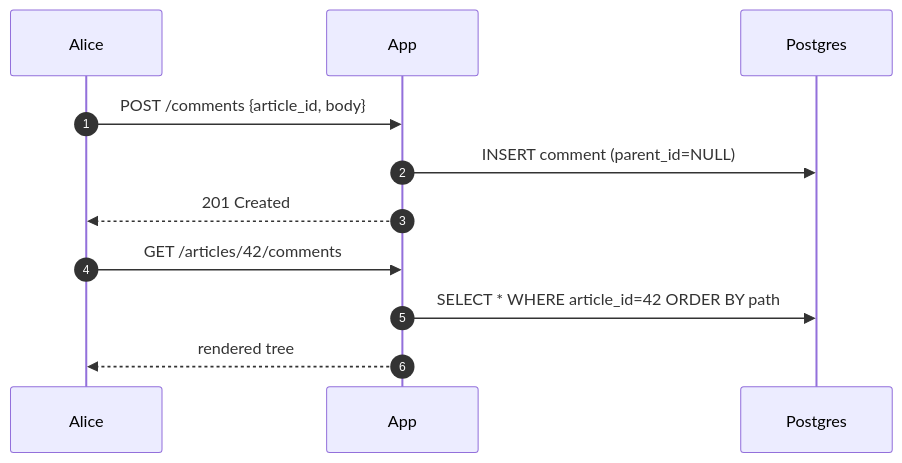
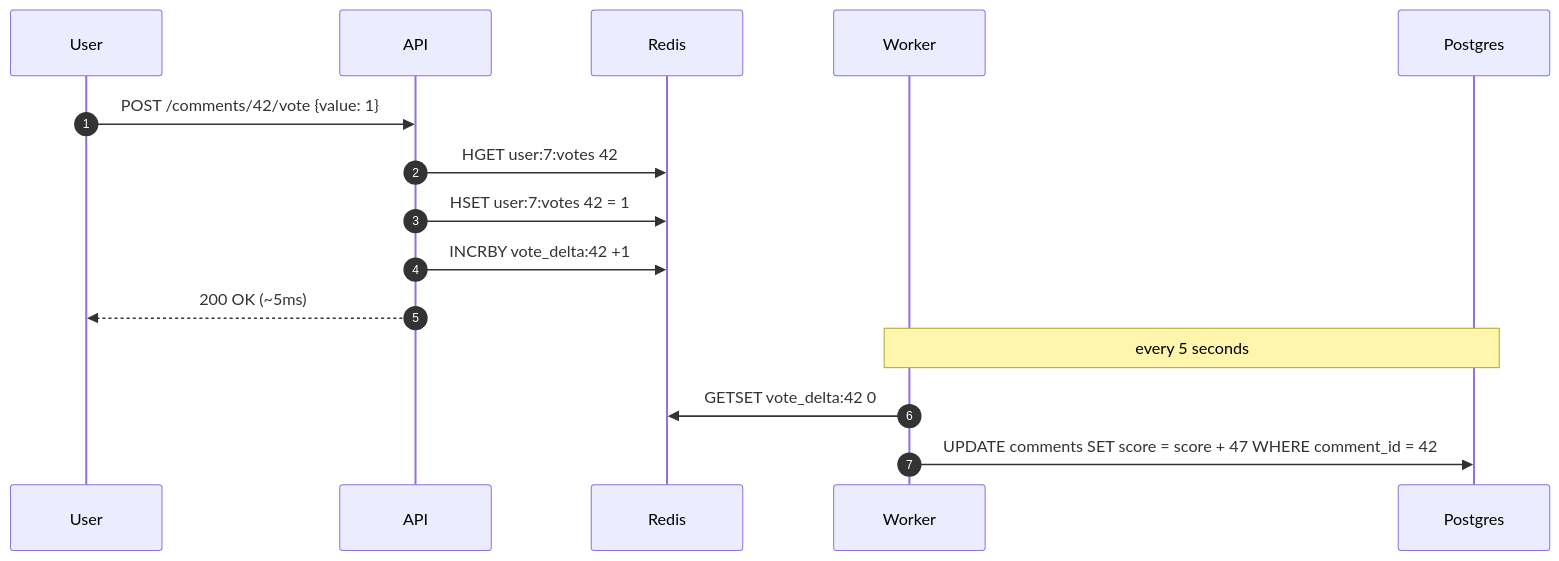
One commit to shiningflash/shiningflash.github.io changed the fourth of 15 diagrams in _practice/system-design/015-comment-system.md. Above: the diagram before and after it, drawn with Mermaid. The commit also changed other lines of this file and 18 other files, not shown here.

````diff
--- a/_practice/system-design/015-comment-system.md
+++ b/_practice/system-design/015-comment-system.md
@@ -139,15 +210,19 @@
 ```mermaid
 sequenceDiagram
     autonumber
-    participant Alice
-    participant App
+    participant User
+    participant API
+    participant Redis
+    participant Worker
     participant DB as Postgres
 
-    Alice->>App: POST /comments {article_id, body}
-    App->>DB: INSERT comment (parent_id=NULL)
-    App-->>Alice: 201 Created
+    User->>API: POST /comments/42/vote {value: 1}
+    API->>Redis: HGET user:7:votes 42
+    API->>Redis: HSET user:7:votes 42 = 1
+    API->>Redis: INCRBY vote_delta:42 +1
+    API-->>User: 200 OK (~5ms)
 
-    Alice->>App: GET /articles/42/comments
-    App->>DB: SELECT * WHERE article_id=42 ORDER BY path
-    App-->>Alice: rendered tree
+    Note over Worker,DB: every 5 seconds
+    Worker->>Redis: GETSET vote_delta:42 0
+    Worker->>DB: UPDATE comments SET score = score + 47 WHERE comment_id = 42
 ```
````
